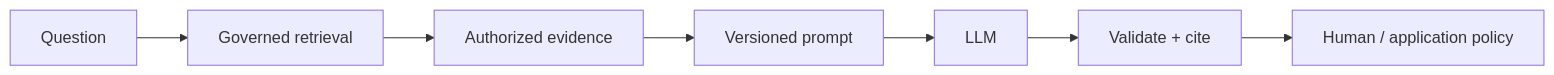
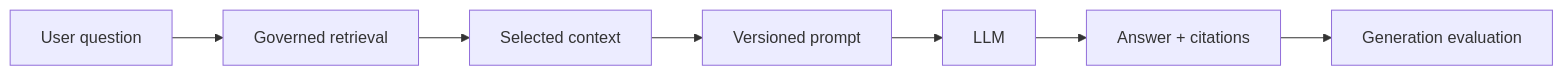
Before and after one commit to kumarchandansingh/tropos: diagram 16 of 17 in docs/learning/ENTERPRISE_KNOWLEDGE_SYSTEMS_INTERVIEW_GUIDE.md, drawn with Mermaid. The commit also changed other lines of this file, not shown here.

````diff
--- a/docs/learning/ENTERPRISE_KNOWLEDGE_SYSTEMS_INTERVIEW_GUIDE.md
+++ b/docs/learning/ENTERPRISE_KNOWLEDGE_SYSTEMS_INTERVIEW_GUIDE.md
@@ -742,9 +873,10 @@
 ```mermaid
 flowchart LR
-    Q[Question] --> R[Governed retrieval]
-    R --> E[Authorized evidence]
-    E --> P[Versioned prompt]
-    P --> M[LLM]
-    M --> V[Validate + cite]
-    V --> H[Human / application policy]
+    Q[User question]
+    --> R[Governed retrieval]
+    --> C[Selected context]
+    --> P[Versioned prompt]
+    --> L[LLM]
+    --> A[Answer + citations]
+    --> E[Generation evaluation]
 ```
````
